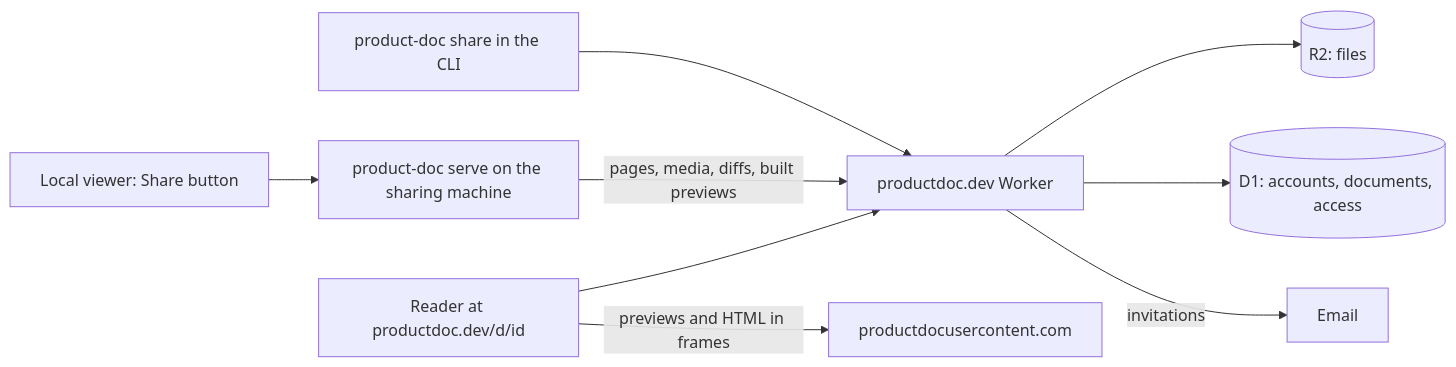
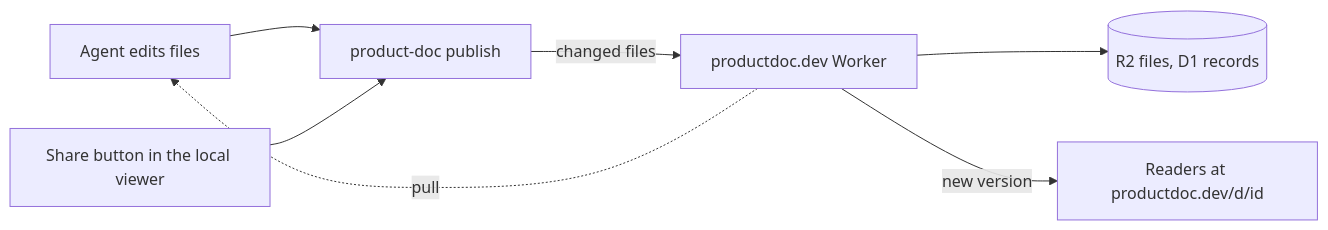
One commit to tanishqkancharla/diffmap changed the diagram in .diffmap/specs/productdoc-sharing/README.md. Above: the diagram before and after it, drawn with Mermaid. The commit also changed other lines of this file and 18 other files, not shown here.

Commit message:
Rework productdoc sharing spec around publish and pull; shorter pages

````diff
--- a/.diffmap/specs/productdoc-sharing/README.md
+++ b/.diffmap/specs/productdoc-sharing/README.md
@@ -43,13 +16,9 @@
-```mermaid [Sharing uploads a snapshot; the sharing machine can go away]
+```mermaid [Sharing and publishing]
 flowchart LR
-    L[Local viewer: Share button] --> S[product-doc serve on the sharing machine]
-    C[product-doc share in the CLI] --> W
-    S -->|pages, media, diffs, built previews| W[productdoc.dev Worker]
-    W --> R[(R2: files)]
-    W --> D[(D1: accounts, documents, access)]
-    W -->|invitations| E[Email]
-    V[Reader at productdoc.dev/d/id] --> W
-    V -->|previews and HTML in frames| U[productdocusercontent.com]
-    %% ref node:S [[src/serve.ts#startServer]]
-    %% ref node:C [[src/share.ts#shareMarkdownFile]]
+    A[Agent edits files] --> P[product-doc publish]
+    S[Share button in the local viewer] --> P
+    P -->|changed files| W[productdoc.dev Worker]
+    W --> R[(R2 files, D1 records)]
+    W -->|new version| V[Readers at productdoc.dev/d/id]
+    W -.->|pull| A
 ```
````
